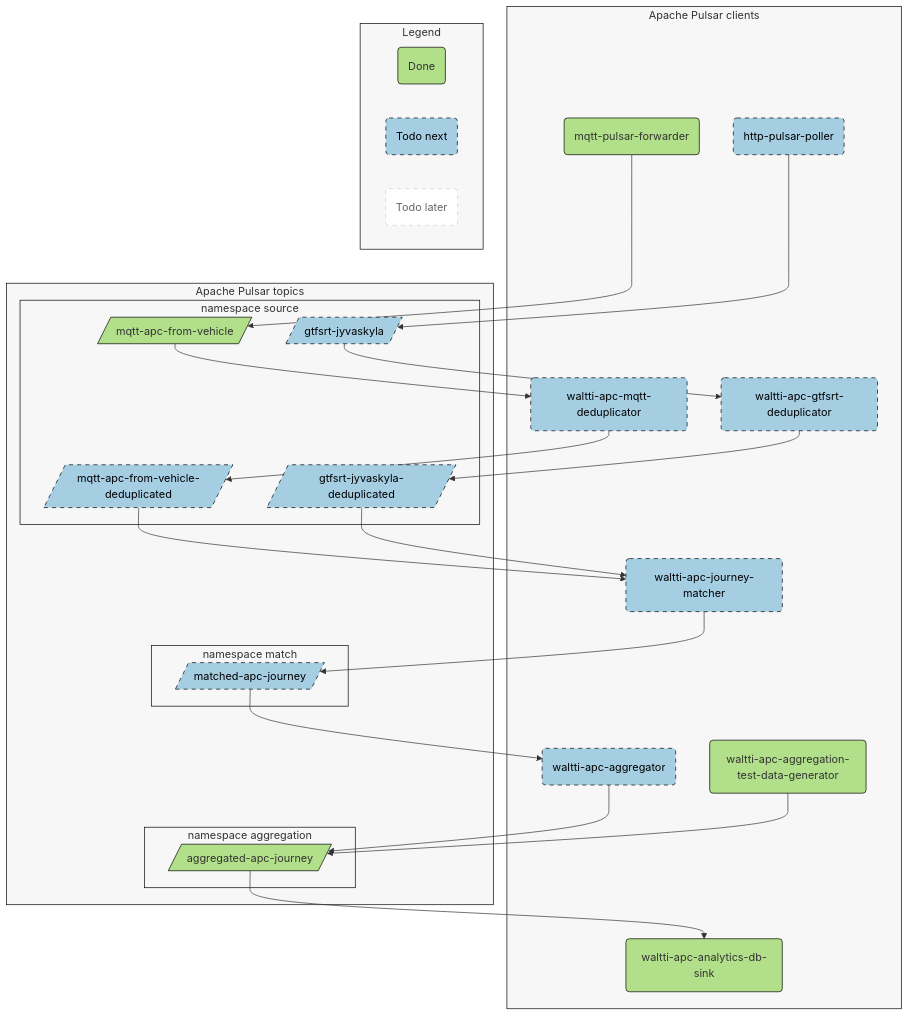
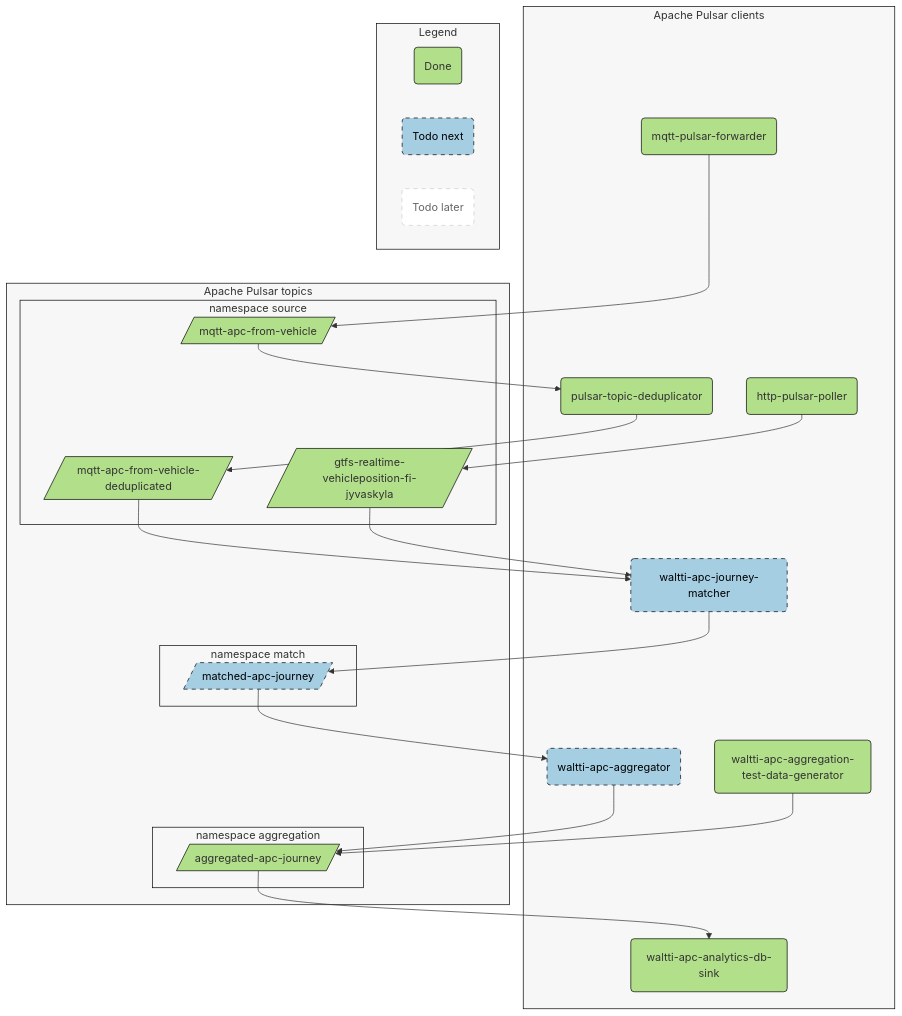
The second of 2 diagrams in README.md (tvv-lippu-ja-maksujarjestelma-oy/waltti-apc), drawn with Mermaid before and after one commit. The commit also changed other lines of this file, not shown here.

Commit message:
Update architecture diagrams

```diff
--- a/README.md
+++ b/README.md
@@ -105,9 +105,8 @@
 
   subgraph pulsarclients["Apache Pulsar clients"]
     mqttpulsarforwarder("mqtt-pulsar-forwarder")
-    mqttdeduplicator("waltti-apc-mqtt-deduplicator")
+    mqttdeduplicator("pulsar-topic-deduplicator")
     httppulsarpoller("http-pulsar-poller")
-    gtfsrtdeduplicator("waltti-apc-gtfsrt-deduplicator")
     matcher("waltti-apc-journey-matcher")
     testdatagenerator("waltti-apc-aggregation-test-data-generator")
     aggregator("waltti-apc-aggregator")
@@ -117,8 +116,7 @@
     subgraph nssource["namespace source"]
       mqttraw[/"mqtt-apc-from-vehicle"/]
       mqttdeduplicated[/"mqtt-apc-from-vehicle-deduplicated"/]
-      gtfsrtrawjyvaskyla[/"gtfsrt-jyvaskyla"/]
-      gtfsrtdedupjyvaskyla[/"gtfsrt-jyvaskyla-deduplicated"/]
+      gtfsrtrawjyvaskyla[/"gtfs-realtime-vehicleposition-fi-jyvaskyla"/]
     end
     subgraph nsmatch["namespace match"]
       matchedapcjourney[/"matched-apc-journey"/]
@@ -134,10 +132,8 @@
   mqttraw --> mqttdeduplicator
   mqttdeduplicator --> mqttdeduplicated
   httppulsarpoller --> gtfsrtrawjyvaskyla
-  gtfsrtrawjyvaskyla --> gtfsrtdeduplicator
-  gtfsrtdeduplicator --> gtfsrtdedupjyvaskyla
   mqttdeduplicated --> matcher
-  gtfsrtdedupjyvaskyla --> matcher
+  gtfsrtrawjyvaskyla --> matcher
   matcher --> matchedapcjourney
   matchedapcjourney --> aggregator
   aggregator --> aggregated
@@ -159,19 +155,16 @@
   class testdatagenerator done
   class dbsink done
   class aggregated done
+  class httppulsarpoller done
+  class mqttdeduplicator done
+  class mqttdeduplicated done
+  class gtfsrtrawjyvaskyla done
 
   classDef later fill:#fff,stroke:#ccc,stroke-width:1px,color:#666,stroke-dasharray: 6 6
 
   classDef next fill:#a5cee3,stroke:#000,stroke-width:1px,color:#000,stroke-dasharray: 6 6
-
   class aggregator next
   class matchedapcjourney next
-  class httppulsarpoller next
-  class mqttdeduplicator next
-  class gtfsrtdeduplicator next
-  class mqttdeduplicated next
-  class gtfsrtrawjyvaskyla next
-  class gtfsrtdedupjyvaskyla next
   class matcher next
 
   %% Legend
```
